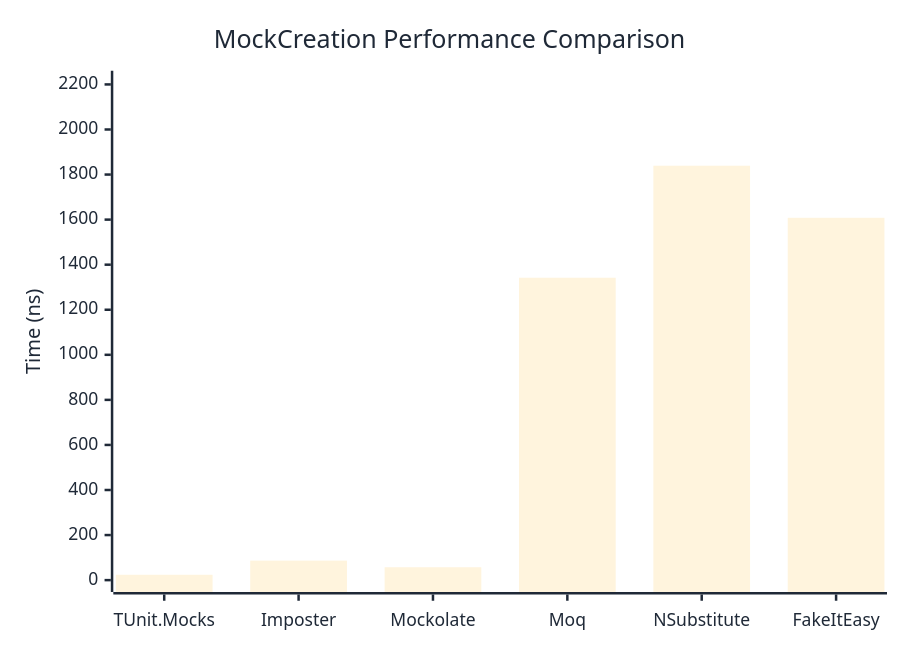
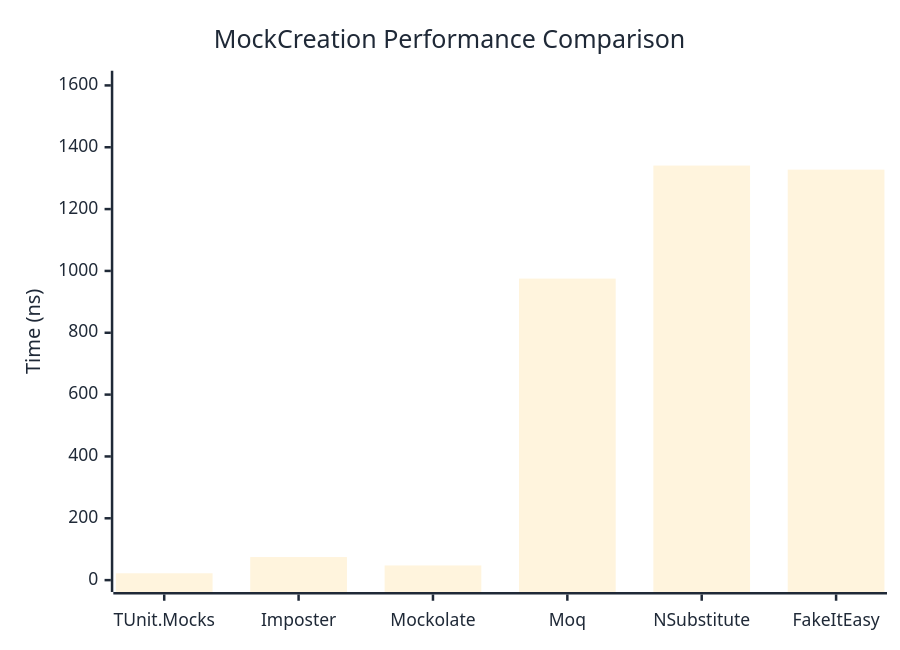
One commit to thomhurst/TUnit changed the first of 2 diagrams in docs/docs/benchmarks/mocks/MockCreation.md. Above: the diagram before and after it, drawn with Mermaid. The commit also changed other lines of this file and 14 other files, not shown here.

````diff
--- a/docs/docs/benchmarks/mocks/MockCreation.md
+++ b/docs/docs/benchmarks/mocks/MockCreation.md
@@ -30,27 +30,27 @@
 ```mermaid
 %%{init: {
   'theme':'base',
   'themeVariables': {
     'primaryColor': '#2563eb',
     'primaryTextColor': '#1f2937',
     'primaryBorderColor': '#1e40af',
     'lineColor': '#6b7280',
     'secondaryColor': '#7c3aed',
     'tertiaryColor': '#dc2626',
     'background': '#ffffff',
     'pie1': '#2563eb',
     'pie2': '#7c3aed',
     'pie3': '#dc2626',
     'pie4': '#f59e0b',
     'pie5': '#10b981',
     'pie6': '#06b6d4',
     'pie7': '#ec4899',
     'pie8': '#6366f1'
   }
 }}%%
 xychart-beta
   title "MockCreation Performance Comparison"
   x-axis ["TUnit.Mocks", "Imposter", "Mockolate", "Moq", "NSubstitute", "FakeItEasy"]
-  y-axis "Time (ns)" 0 --> 2208
-  bar [23.81, 86.55, 57.2, 1342.12, 1839.31, 1608.07]
+  y-axis "Time (ns)" 0 --> 1609
+  bar [22.19, 74.63, 47.49, 975.18, 1340.74, 1327.57]
 ```
````
